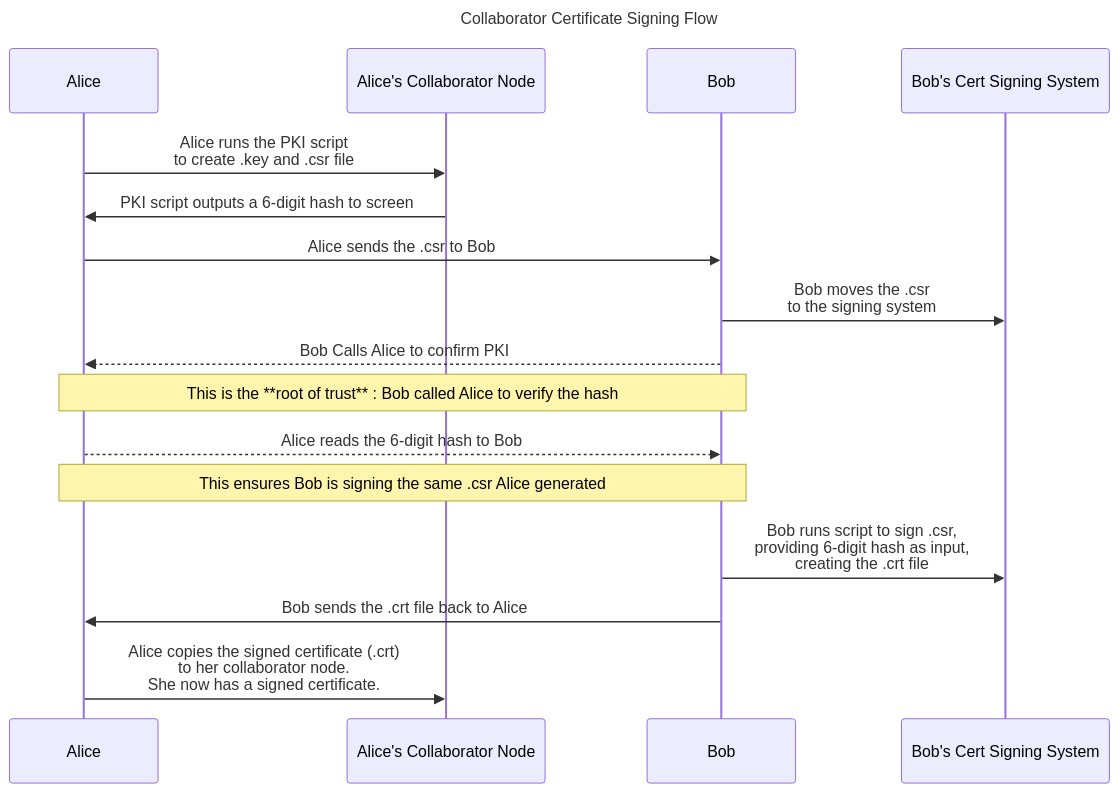
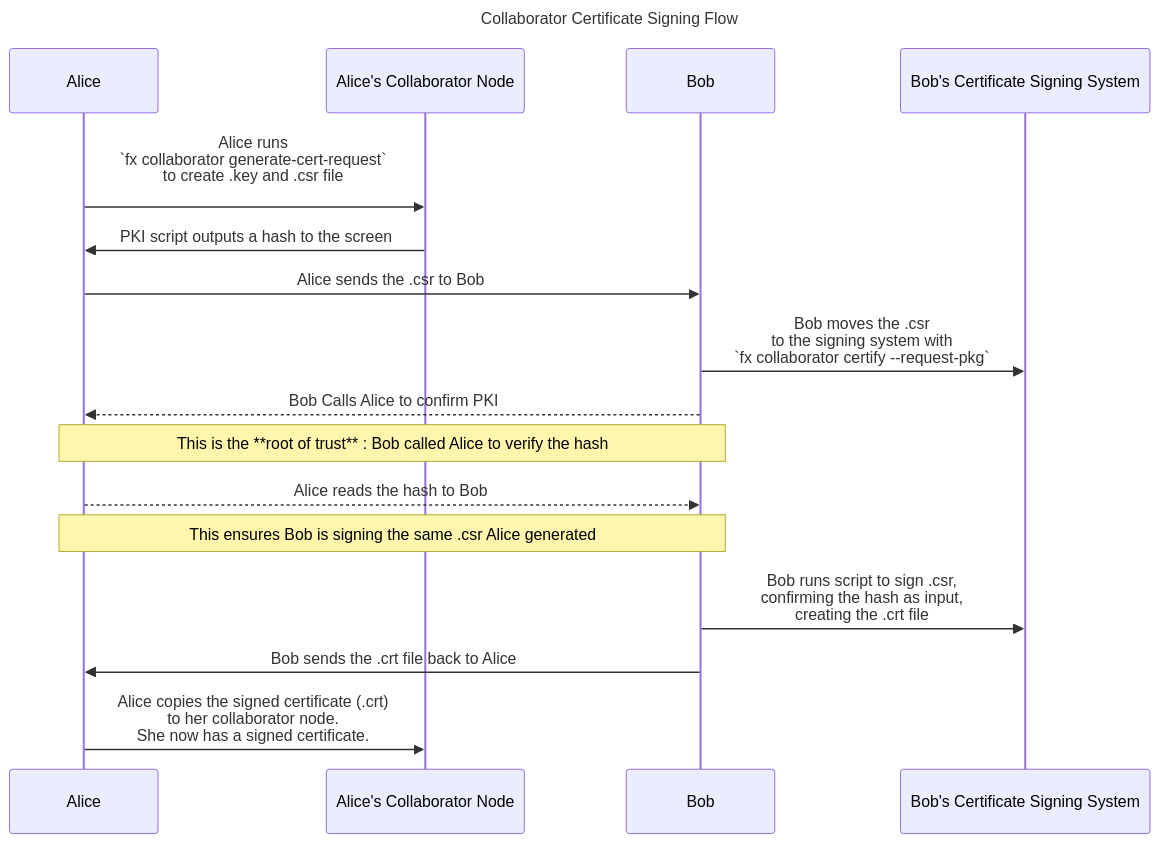
Before and after one commit to psfoley/openfl: the diagram in docs/mermaid/CSR_signing.md, drawn with Mermaid.

````diff
--- a/docs/mermaid/CSR_signing.md
+++ b/docs/mermaid/CSR_signing.md
@@ -1,20 +1,20 @@
 ```mermaid
 sequenceDiagram
 Title: Collaborator Certificate Signing Flow 
   participant A as Alice
   participant AC as Alice's Collaborator Node
   participant B as Bob
-  participant BG as Bob's Cert Signing System
-  A->>AC: Alice runs the PKI script<br>to create .key and .csr file
-  AC->>A: PKI script outputs a 6-digit hash to screen
+  participant BG as Bob's Certificate Signing System
+  A->>AC: Alice runs<br>`fx collaborator generate-cert-request`<br>to create .key and .csr file<br>
+  AC->>A: PKI script outputs a hash to the screen
   A->>B: Alice sends the .csr to Bob
-  B->>BG: Bob moves the .csr<br/> to the signing system
+  B->>BG: Bob moves the .csr<br/> to the signing system with<br>`fx collaborator certify --request-pkg`
   B-->>A: Bob Calls Alice to confirm PKI
   Note over A,B: This is the **root of trust** : Bob called Alice to verify the hash 
-  A-->>B: Alice reads the 6-digit hash to Bob
+  A-->>B: Alice reads the hash to Bob
   Note over A,B: This ensures Bob is signing the same .csr Alice generated
-  B->>BG: Bob runs script to sign .csr,<br/> providing 6-digit hash as input,<br/> creating the .crt file
+  B->>BG: Bob runs script to sign .csr,<br/> confirming the hash as input,<br/> creating the .crt file
   B->>A: Bob sends the .crt file back to Alice
   A->>AC: Alice copies the signed certificate (.crt)<br/>to her collaborator node.<br/>She now has a signed certificate.
   
 ```
````
